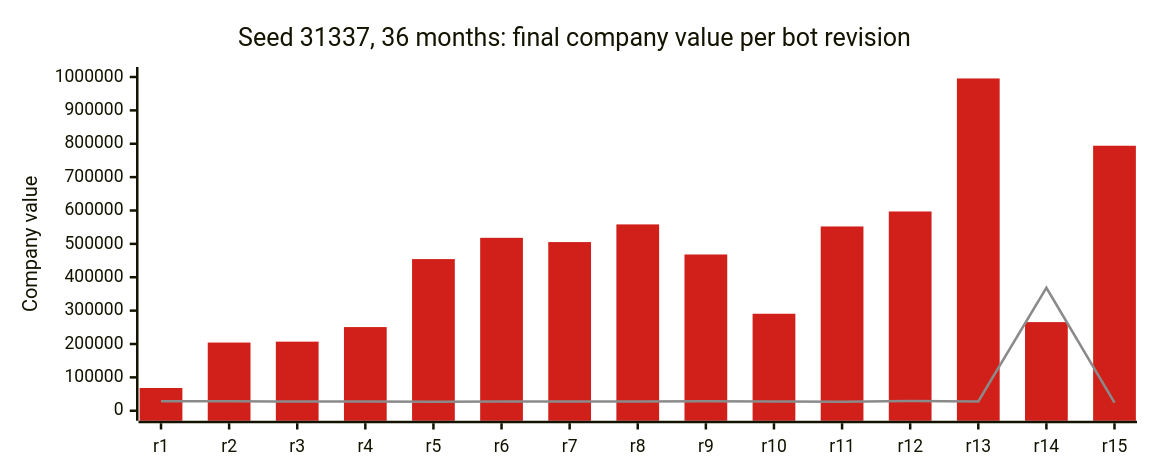
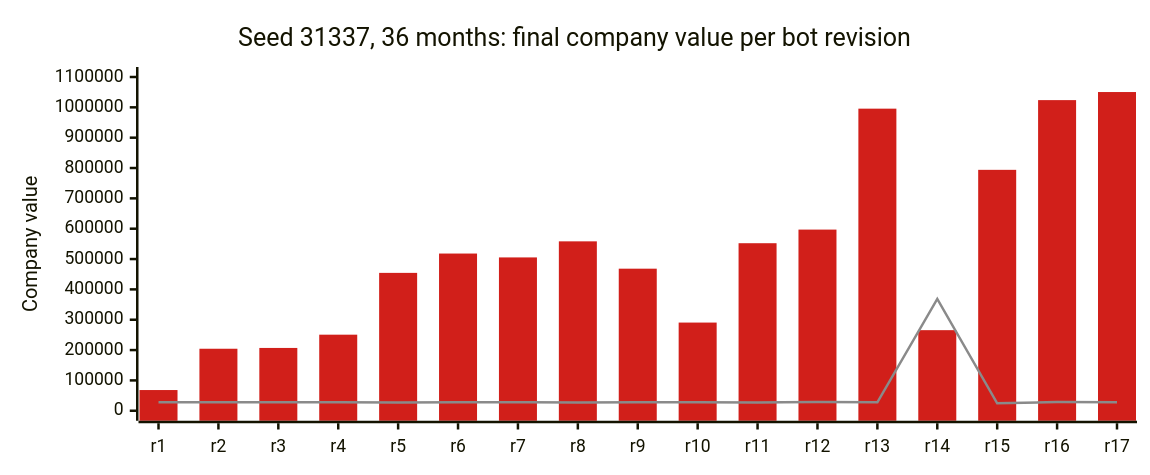
The first of 8 diagrams in README.md (OpenTTD/OpenTTD), drawn with Mermaid before and after one commit. The commit also changed other lines of this file and 7 other files, not shown here.

````diff
--- a/README.md
+++ b/README.md
@@ -64,17 +64,17 @@
 ```mermaid
 ---
 config:
   xyChart:
     width: 900
     height: 360
   themeVariables:
     xyChart:
       plotColorPalette: "#d11f1a, #8a8a8a"
 ---
 xychart-beta
     title "Seed 31337, 36 months: final company value per bot revision"
-    x-axis ["r1", "r2", "r3", "r4", "r5", "r6", "r7", "r8", "r9", "r10", "r11", "r12", "r13", "r14", "r15"]
-    y-axis "Company value" 0 --> 1000000
-    bar [68229, 204356, 206995, 250716, 454403, 518138, 505369, 558331, 468228, 290634, 552182, 597075, 995647, 265599, 794015]
-    line [28293, 28129, 27716, 27768, 27228, 27849, 27943, 27408, 28331, 27853, 27247, 29139, 27870, 368425, 24469]
+    x-axis ["r1", "r2", "r3", "r4", "r5", "r6", "r7", "r8", "r9", "r10", "r11", "r12", "r13", "r14", "r15", "r16", "r17"]
+    y-axis "Company value" 0 --> 1100000
+    bar [68229, 204356, 206995, 250716, 454403, 518138, 505369, 558331, 468228, 290634, 552182, 597075, 995647, 265599, 794015, 1023810, 1050432]
+    line [28293, 28129, 27716, 27768, 27228, 27849, 27943, 27408, 28331, 27853, 27247, 29139, 27870, 368425, 24469, 28440, 28286]
 ```
````
